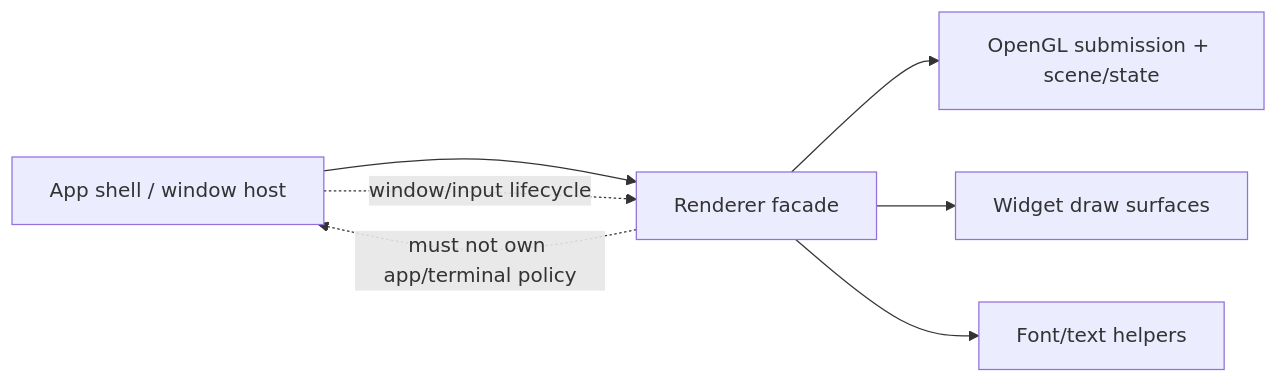
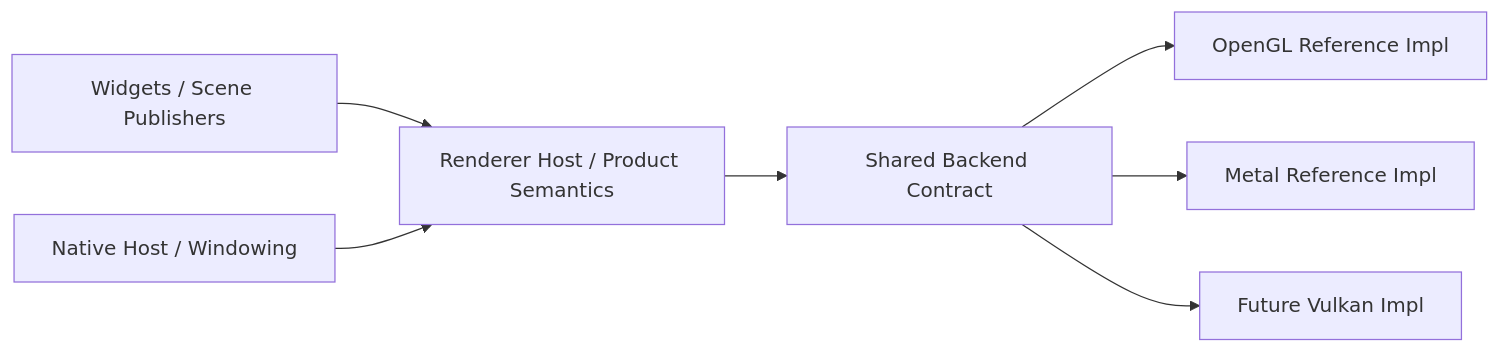
One commit to LaurenceGuws/Zide changed the diagram in docs/todo/ui/renderer.md. Above: the diagram before and after it, drawn with Mermaid. The commit also changed other lines of this file and 27 other files, not shown here.

Commit message:
Refocus repo on renderer backend contract

````diff
--- a/docs/todo/ui/renderer.md
+++ b/docs/todo/ui/renderer.md
@@ -35,10 +46,10 @@
 ```mermaid
 flowchart LR
-    App["App shell / window host"] --> Renderer["Renderer facade"]
-    Renderer --> GL["OpenGL submission + scene/state"]
-    Renderer --> Widgets["Widget draw surfaces"]
-    Renderer --> Text["Font/text helpers"]
+    Contract["Shared Backend Contract"] --> GL["OpenGL Reference Impl"]
+    Contract --> Metal["Metal Reference Impl"]
+    Contract --> Vulkan["Future Vulkan Impl"]
 
-    App -. window/input lifecycle .-> Renderer
-    Renderer -. must not own app/terminal policy .-> App
+    Renderer["Renderer Host / Product Semantics"] --> Contract
+    Widgets["Widgets / Scene Publishers"] --> Renderer
+    Host["Native Host / Windowing"] --> Renderer
 ```
````
